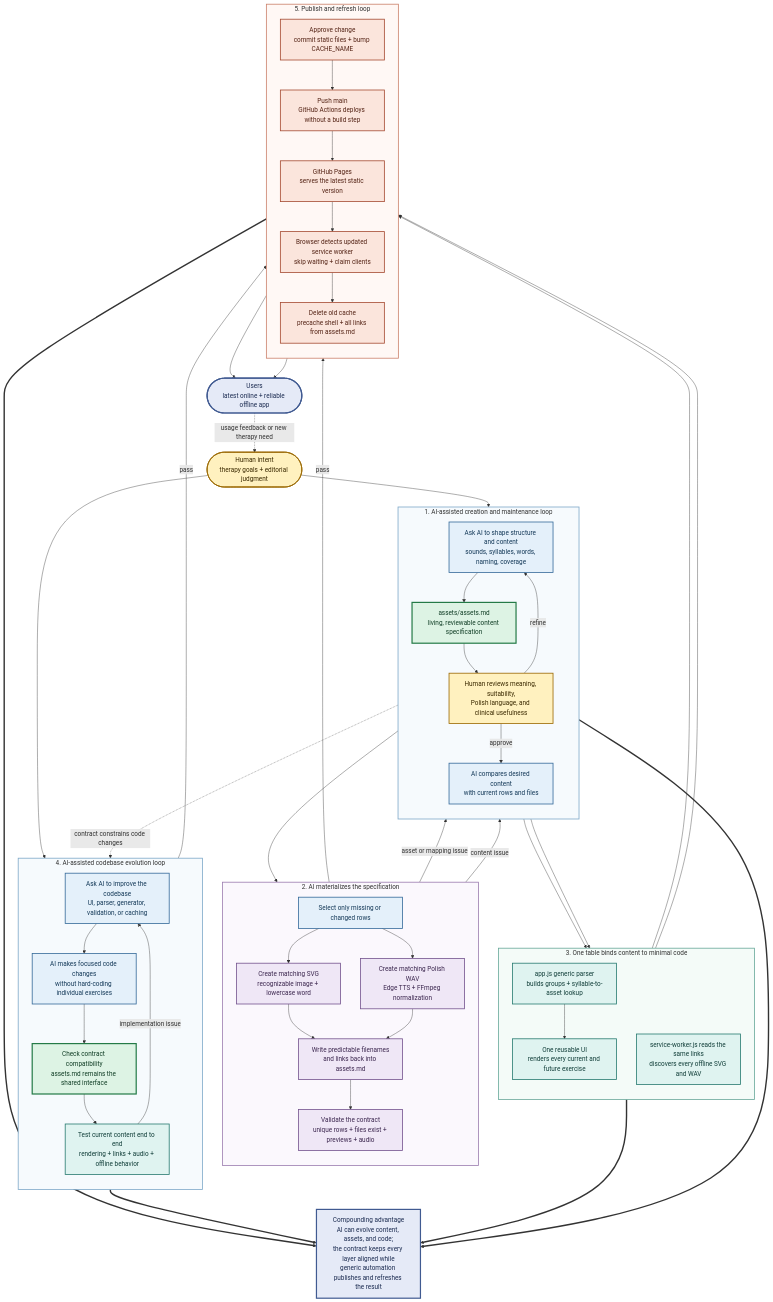
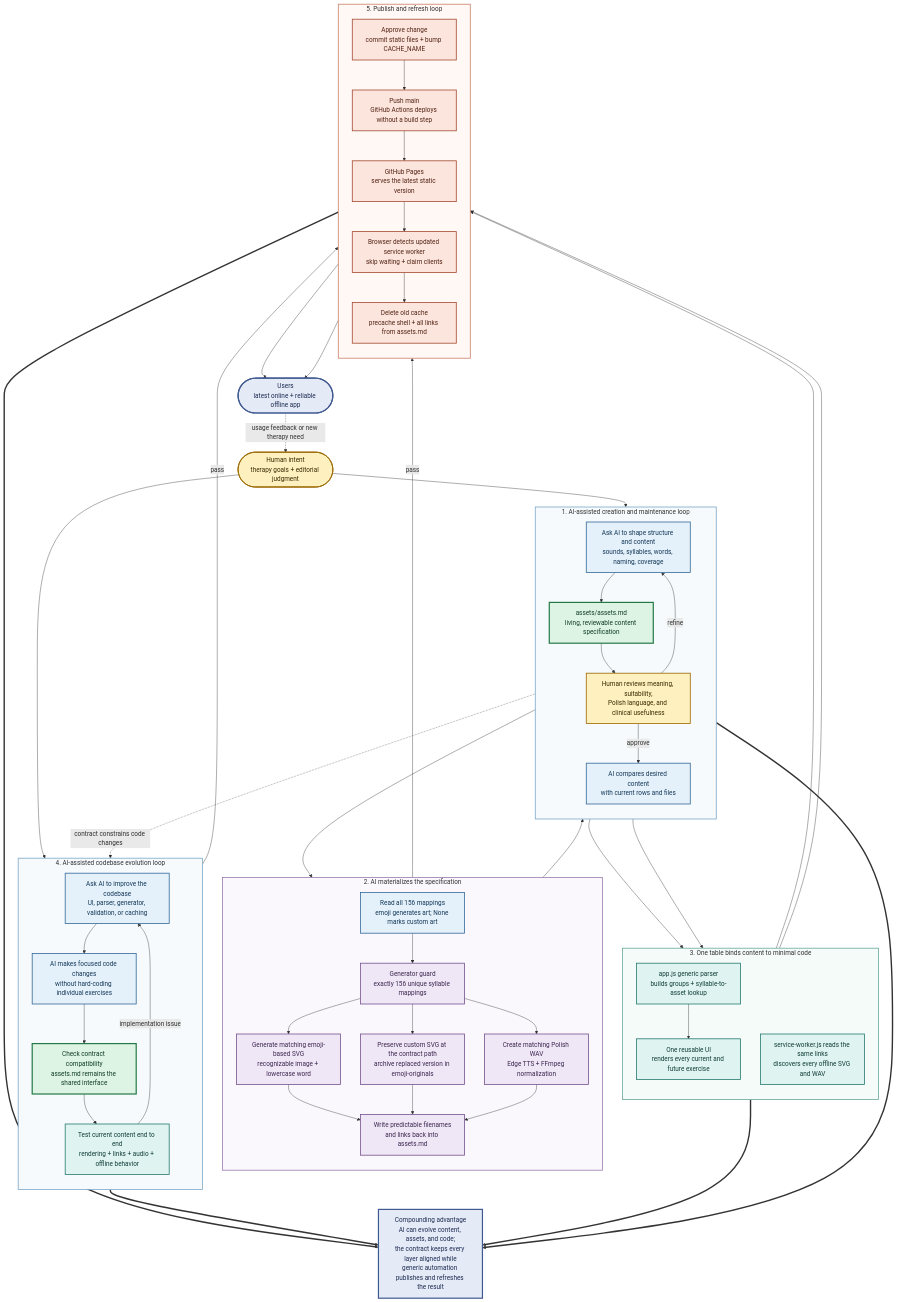
Before and after one commit to StephenEastham/aplikacja-logopeda: the diagram in docs/asset-delivery-architecture.mmd, drawn with Mermaid. The commit also changed 6 other files, not shown here.

Commit message:
manage custom svg

```diff
--- a/docs/asset-delivery-architecture.mmd
+++ b/docs/asset-delivery-architecture.mmd
@@ -1,103 +1,103 @@
 flowchart TB
   Human(["Human intent<br/>therapy goals + editorial judgment"])
   Users(["Users<br/>latest online + reliable offline app"])
 
   subgraph Design["1. AI-assisted creation and maintenance loop"]
     direction TB
     Ask["Ask AI to shape structure and content<br/>sounds, syllables, words, naming, coverage"]
     Review["Human reviews meaning, suitability,<br/>Polish language, and clinical usefulness"]
     Contract["assets/assets.md<br/>living, reviewable content specification"]
     Inspect["AI compares desired content<br/>with current rows and files"]
 
     Ask --> Contract
     Contract --> Review
     Review -->|refine| Ask
     Review -->|approve| Inspect
   end
 
   subgraph Create["2. AI materializes the specification"]
     direction TB
-    Delta["Select only missing or changed rows"]
-    Visual["Create matching SVG<br/>recognizable image + lowercase word"]
+    Mapping["Read all 156 mappings<br/>emoji generates art; None marks custom art"]
+    Visual["Generate matching emoji-based SVG<br/>recognizable image + lowercase word"]
+    Custom["Preserve custom SVG at the contract path<br/>archive replaced version in emoji-originals"]
     Voice["Create matching Polish WAV<br/>Edge TTS + FFmpeg normalization"]
     Link["Write predictable filenames<br/>and links back into assets.md"]
-    Validate["Validate the contract<br/>unique rows + files exist + previews + audio"]
+    Validate["Generator guard<br/>exactly 156 unique syllable mappings"]
 
-    Inspect --> Delta
-    Delta --> Visual & Voice
+    Inspect --> Mapping --> Validate
+    Validate --> Visual & Custom & Voice
     Visual --> Link
+    Custom --> Link
     Voice --> Link
-    Link --> Validate
-    Validate -->|asset or mapping issue| Inspect
-    Validate -->|content issue| Ask
+    Link --> Inspect
   end
 
   subgraph Bind["3. One table binds content to minimal code"]
     direction TB
     Parser["app.js generic parser<br/>builds groups + syllable-to-asset lookup"]
     UI["One reusable UI<br/>renders every current and future exercise"]
     Discovery["service-worker.js reads the same links<br/>discovers every offline SVG and WAV"]
 
     Contract --> Parser --> UI
     Contract --> Discovery
   end
 
   subgraph Evolve["4. AI-assisted codebase evolution loop"]
     direction TB
     CodeIntent["Ask AI to improve the codebase<br/>UI, parser, generator, validation, or caching"]
     CodeChange["AI makes focused code changes<br/>without hard-coding individual exercises"]
     Compatibility["Check contract compatibility<br/>assets.md remains the shared interface"]
     CodeTest["Test current content end to end<br/>rendering + links + audio + offline behavior"]
 
     CodeIntent --> CodeChange --> Compatibility --> CodeTest
     CodeTest -->|implementation issue| CodeIntent
     Contract -. "contract constrains code changes" .-> Compatibility
   end
 
   subgraph Release["5. Publish and refresh loop"]
     direction TB
     Version["Approve change<br/>commit static files + bump CACHE_NAME"]
     Deploy["Push main<br/>GitHub Actions deploys without a build step"]
     Pages["GitHub Pages<br/>serves the latest static version"]
     Update["Browser detects updated service worker<br/>skip waiting + claim clients"]
     Cache["Delete old cache<br/>precache shell + all links from assets.md"]
 
     Validate -->|pass| Version --> Deploy --> Pages --> Update --> Cache
     CodeTest -->|pass| Version
   end
 
   Human --> Ask
   Human --> CodeIntent
   UI --> Pages
   Discovery --> Update
   Pages --> Users
   Cache --> Users
   Users -. "usage feedback or new therapy need" .-> Human
 
   Advantage["Compounding advantage<br/>AI can evolve content, assets, and code;<br/>the contract keeps every layer aligned while<br/>generic automation publishes and refreshes the result"]
   Contract ==> Advantage
   UI ==> Advantage
   CodeTest ==> Advantage
   Cache ==> Advantage
 
   classDef human fill:#FFF1BF,stroke:#9A6700,color:#3B2A00,stroke-width:2px
   classDef ai fill:#E4F0FA,stroke:#356A9A,color:#153A59,stroke-width:2px
   classDef contract fill:#DDF3E4,stroke:#247A47,color:#123F27,stroke-width:3px
   classDef asset fill:#EFE7F6,stroke:#74538E,color:#3D2850,stroke-width:2px
   classDef runtime fill:#DFF3F0,stroke:#277A70,color:#123F3A,stroke-width:2px
   classDef release fill:#FBE5DC,stroke:#A64B32,color:#552416,stroke-width:2px
   classDef outcome fill:#E5EAF7,stroke:#405A91,color:#1D2D52,stroke-width:3px
 
   class Human,Review human
-  class Ask,Inspect,Delta,CodeIntent,CodeChange ai
+  class Ask,Inspect,Mapping,CodeIntent,CodeChange ai
   class Contract,Compatibility contract
-  class Visual,Voice,Link,Validate asset
+  class Visual,Custom,Voice,Link,Validate asset
   class Parser,UI,Discovery,CodeTest runtime
   class Version,Deploy,Pages,Update,Cache release
   class Users,Advantage outcome
 
   style Design fill:#F6FAFD,stroke:#7EA8C8,stroke-width:2px
   style Create fill:#FBF8FD,stroke:#9B7CAF,stroke-width:2px
   style Bind fill:#F4FBF8,stroke:#68A89A,stroke-width:2px
   style Evolve fill:#F6FAFD,stroke:#7EA8C8,stroke-width:2px
   style Release fill:#FFF8F5,stroke:#CB816B,stroke-width:2px
```
